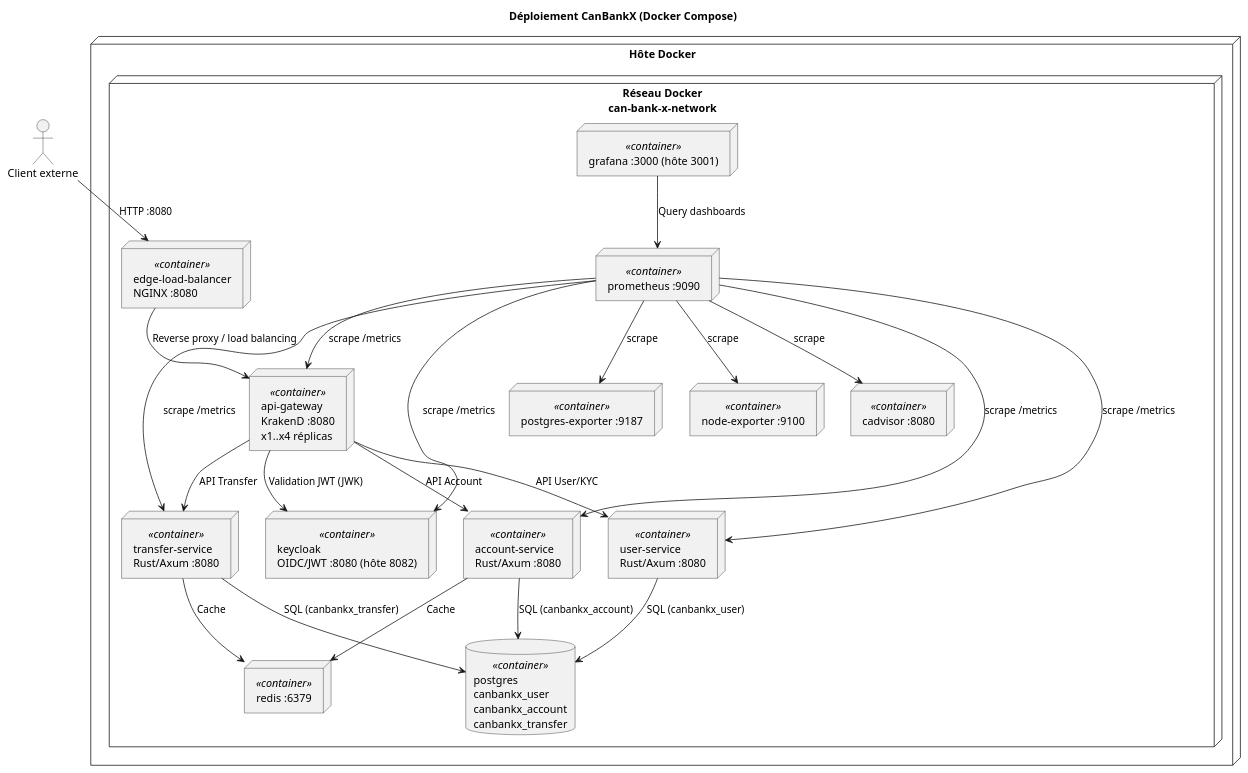
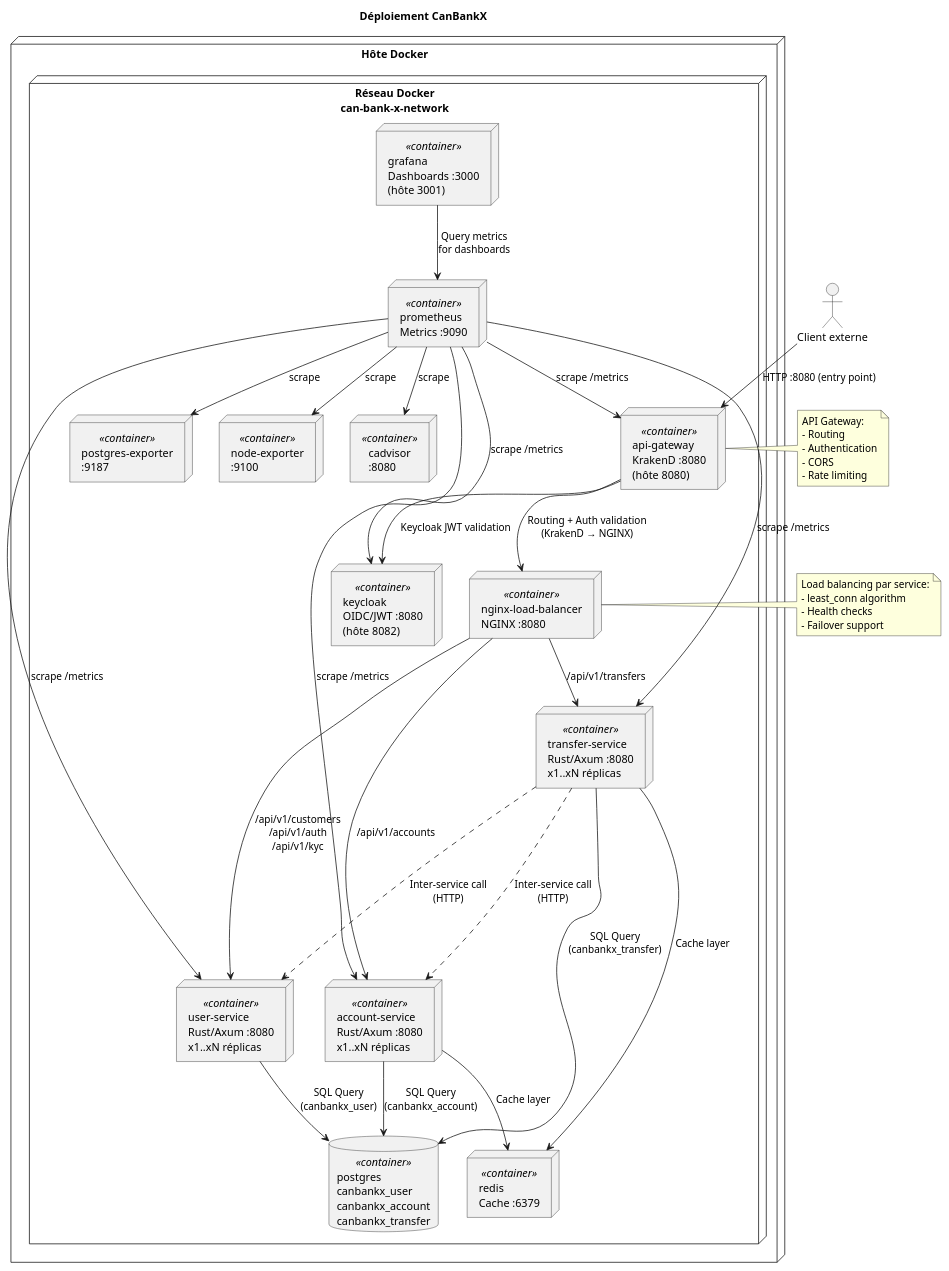
Before and after one commit to amir-hammar/can-bank-x: the diagram in docs/rapport/diagrams/Diagramme de déploiement.puml, drawn with PlantUML. The commit also changed 9 other files, not shown here.

Commit message:
Adjusted load blancing + added class diagram + adjusted deployment and component diagrams

```diff
--- a/docs/rapport/diagrams/Diagramme de déploiement.puml
+++ b/docs/rapport/diagrams/Diagramme de déploiement.puml
@@ -1,46 +1,63 @@
 @startuml Diagramme de déploiement
-title Déploiement CanBankX (Docker Compose)
+title Déploiement CanBankX
 
 actor "Client externe" as Client
 
 node "Hôte Docker" as Host {
     node "Réseau Docker\ncan-bank-x-network" as Net {
-        node "edge-load-balancer\nNGINX :8080" as LB <<container>>
-        node "api-gateway\nKrakenD :8080\nx1..x4 réplicas" as GW <<container>>
-        node "user-service\nRust/Axum :8080" as US <<container>>
-        node "account-service\nRust/Axum :8080" as AS <<container>>
-        node "transfer-service\nRust/Axum :8080" as TS <<container>>
-        node "keycloak\nOIDC/JWT :8080 (hôte 8082)" as KC <<container>>
+        node "api-gateway\nKrakenD :8080\n(hôte 8080)" as GW <<container>>
+        node "nginx-load-balancer\nNGINX :8080" as LB <<container>>
+        node "user-service\nRust/Axum :8080\nx1..xN réplicas" as US <<container>>
+        node "account-service\nRust/Axum :8080\nx1..xN réplicas" as AS <<container>>
+        node "transfer-service\nRust/Axum :8080\nx1..xN réplicas" as TS <<container>>
+        node "keycloak\nOIDC/JWT :8080\n(hôte 8082)" as KC <<container>>
         database "postgres\ncanbankx_user\ncanbankx_account\ncanbankx_transfer" as DB <<container>>
-        node "redis :6379" as RC <<container>>
-        node "prometheus :9090" as PR <<container>>
-        node "grafana :3000 (hôte 3001)" as GF <<container>>
-        node "postgres-exporter :9187" as PE <<container>>
-        node "node-exporter :9100" as NE <<container>>
-        node "cadvisor :8080" as CV <<container>>
+        node "redis\nCache :6379" as RC <<container>>
+        node "prometheus\nMetrics :9090" as PR <<container>>
+        node "grafana\nDashboards :3000\n(hôte 3001)" as GF <<container>>
+        node "postgres-exporter\n:9187" as PE <<container>>
+        node "node-exporter\n:9100" as NE <<container>>
+        node "cadvisor\n:8080" as CV <<container>>
     }
 }
 
-Client --> LB : HTTP :8080
-LB --> GW : Reverse proxy / load balancing
-GW --> US : API User/KYC
-GW --> AS : API Account
-GW --> TS : API Transfer
-GW --> KC : Validation JWT (JWK)
+Client --> GW : HTTP :8080 (entry point)
+GW --> LB : Routing + Auth validation\n(KrakenD → NGINX)
+LB --> US : /api/v1/customers\n/api/v1/auth\n/api/v1/kyc
+LB --> AS : /api/v1/accounts
+LB --> TS : /api/v1/transfers
+GW --> KC : Keycloak JWT validation
 
-US --> DB : SQL (canbankx_user)
-AS --> DB : SQL (canbankx_account)
-TS --> DB : SQL (canbankx_transfer)
-AS --> RC : Cache
-TS --> RC : Cache
+US --> DB : SQL Query\n(canbankx_user)
+AS --> DB : SQL Query\n(canbankx_account)
+AS --> RC : Cache layer
+TS --> DB : SQL Query\n(canbankx_transfer)
+TS --> RC : Cache layer
+TS -.-> US : Inter-service call\n(HTTP)
+TS -.-> AS : Inter-service call\n(HTTP)
 
+PR --> GW : scrape /metrics
 PR --> US : scrape /metrics
 PR --> AS : scrape /metrics
 PR --> TS : scrape /metrics
-PR --> GW : scrape /metrics
 PR --> KC : scrape /metrics
 PR --> PE : scrape
 PR --> NE : scrape
 PR --> CV : scrape
-GF --> PR : Query dashboards
+GF --> PR : Query metrics\nfor dashboards
+
+note right of LB
+  Load balancing par service:
+  - least_conn algorithm
+  - Health checks
+  - Failover support
+end note
+
+note right of GW
+  API Gateway:
+  - Routing
+  - Authentication
+  - CORS
+  - Rate limiting
+end note
 @enduml
```
